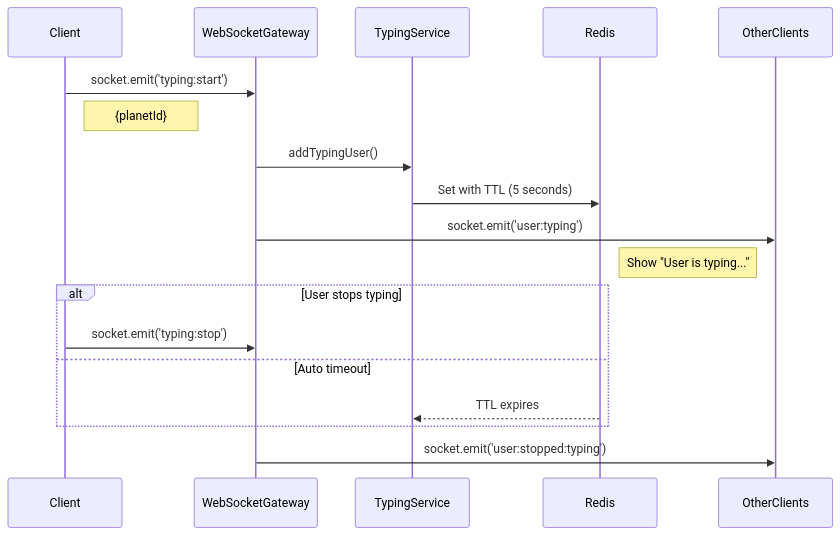
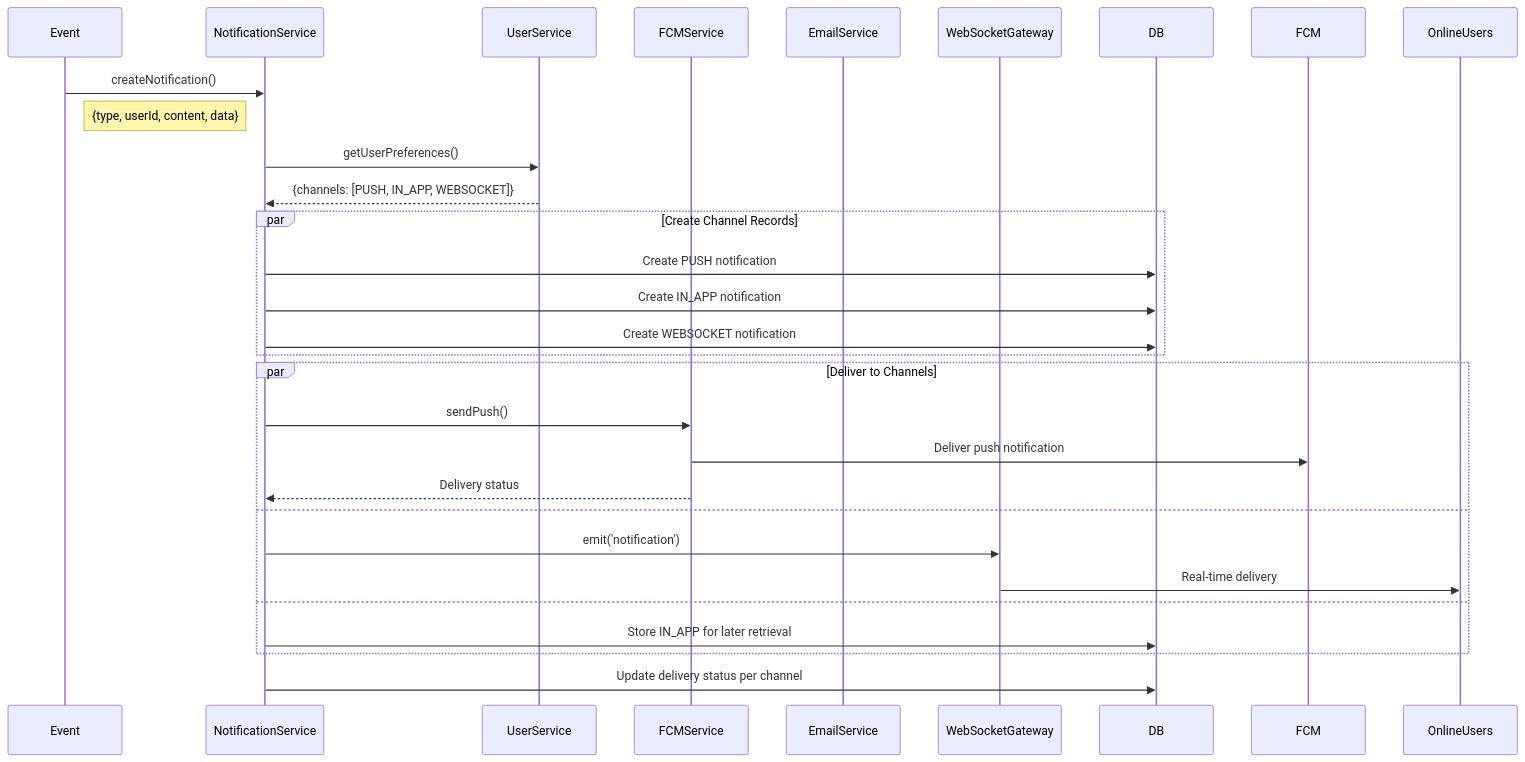
Before and after one commit to maximizest/connecto-nest: the eighth of 10 diagrams in .md/flow.md, drawn with Mermaid. The commit also changed other lines of this file, not shown here.

````diff
--- a/.md/flow.md
+++ b/.md/flow.md
@@ -550,25 +554,35 @@
 ```mermaid
 sequenceDiagram
-    participant Client
+    participant Event
+    participant NotificationService
+    participant UserService
+    participant FCMService
+    participant EmailService
     participant WebSocketGateway
-    participant TypingService
-    participant Redis
-    participant OtherClients
+    participant DB
     
-    Client->>WebSocketGateway: socket.emit('typing:start')
-    Note right of Client: {planetId}
+    Event->>NotificationService: createNotification()
+    Note right of Event: {type, userId, content, data}
     
-    WebSocketGateway->>TypingService: addTypingUser()
-    TypingService->>Redis: Set with TTL (5 seconds)
+    NotificationService->>UserService: getUserPreferences()
+    UserService-->>NotificationService: {channels: [PUSH, IN_APP, WEBSOCKET]}
     
-    WebSocketGateway->>OtherClients: socket.emit('user:typing')
-    Note left of OtherClients: Show "User is typing..."
-    
-    alt User stops typing
-        Client->>WebSocketGateway: socket.emit('typing:stop')
-    else Auto timeout
-        Redis-->>TypingService: TTL expires
+    par Create Channel Records
+        NotificationService->>DB: Create PUSH notification
+        NotificationService->>DB: Create IN_APP notification  
+        NotificationService->>DB: Create WEBSOCKET notification
     end
     
-    WebSocketGateway->>OtherClients: socket.emit('user:stopped:typing')
+    par Deliver to Channels
+        NotificationService->>FCMService: sendPush()
+        FCMService->>FCM: Deliver push notification
+        FCMService-->>NotificationService: Delivery status
+    and
+        NotificationService->>WebSocketGateway: emit('notification')
+        WebSocketGateway->>OnlineUsers: Real-time delivery
+    and
+        NotificationService->>DB: Store IN_APP for later retrieval
+    end
+    
+    NotificationService->>DB: Update delivery status per channel
 ```
````
